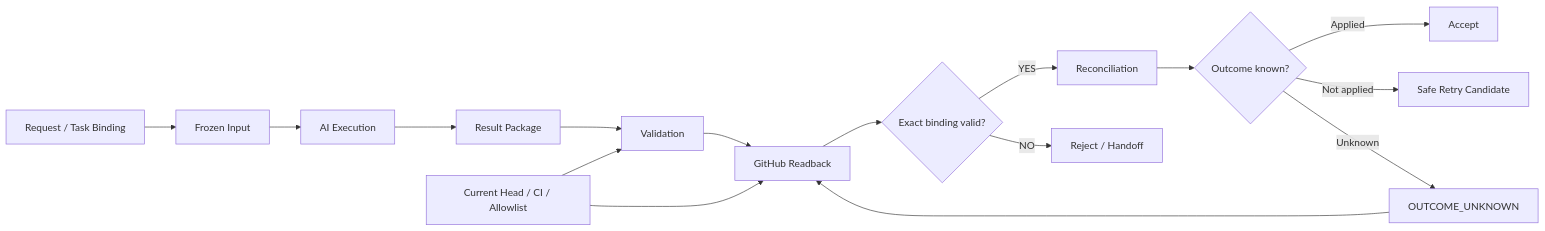
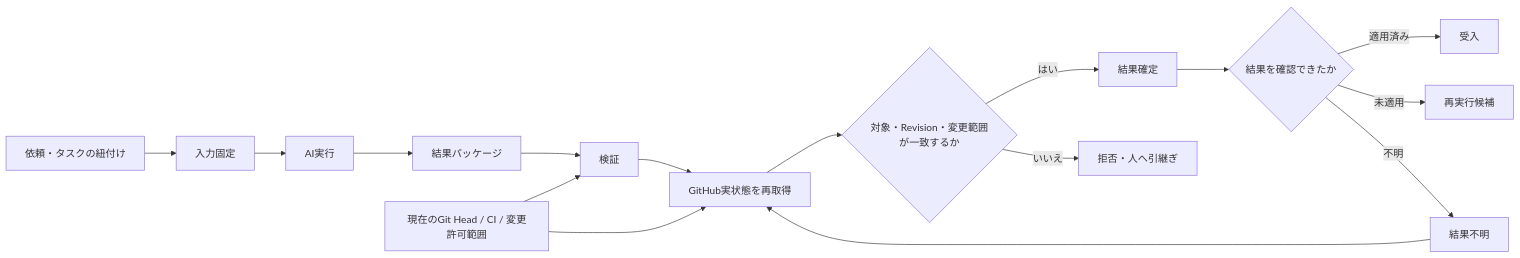
Before and after one commit to hiromi1992/ai-engineering-portfolio: the diagram in projects/03_review_handoff_platform.md, drawn with Mermaid. The commit also changed other lines of this file, not shown here.

Commit message:
Rewrite Review Handoff page in clearer Japanese

````diff
--- a/projects/03_review_handoff_platform.md
+++ b/projects/03_review_handoff_platform.md
@@ -13,19 +13,19 @@
 ```mermaid
 flowchart LR
-    A[Request / Task Binding] --> B[Frozen Input]
-    B --> C[AI Execution]
-    C --> D[Result Package]
-    D --> E[Validation]
-    E --> F[GitHub Readback]
-    F --> G{Exact binding valid?}
-    G -->|YES| H[Reconciliation]
-    G -->|NO| I[Reject / Handoff]
-    H --> J{Outcome known?}
-    J -->|Applied| K[Accept]
-    J -->|Not applied| L[Safe Retry Candidate]
-    J -->|Unknown| M[OUTCOME_UNKNOWN]
+    A[依頼・タスクの紐付け] --> B[入力固定]
+    B --> C[AI実行]
+    C --> D[結果パッケージ]
+    D --> E[検証]
+    E --> F[GitHub実状態を再取得]
+    F --> G{対象・Revision・変更範囲が一致するか}
+    G -->|はい| H[結果確定]
+    G -->|いいえ| I[拒否・人へ引継ぎ]
+    H --> J{結果を確認できたか}
+    J -->|適用済み| K[受入]
+    J -->|未適用| L[再実行候補]
+    J -->|不明| M[結果不明]
     M --> F
 
-    N[Current Head / CI / Allowlist] --> E
+    N[現在のGit Head / CI / 変更許可範囲] --> E
     N --> F
 ```
````
